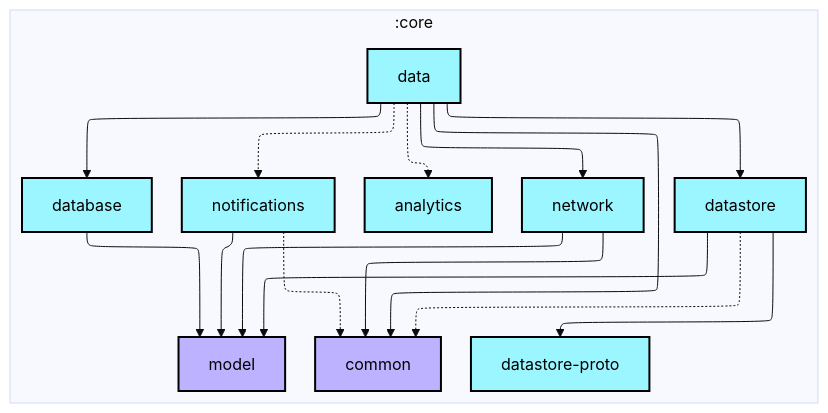
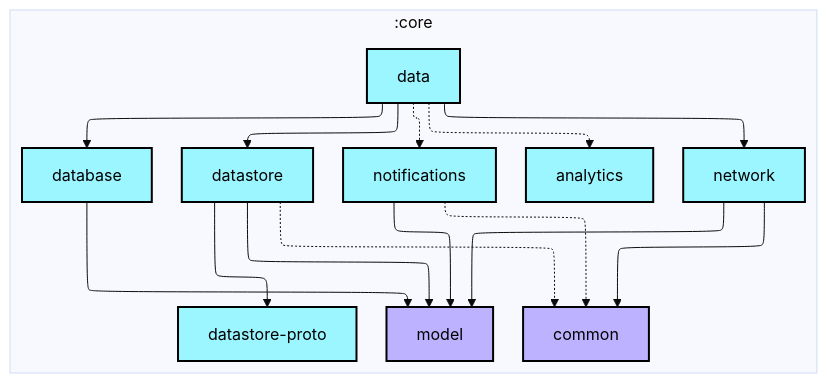
One commit to android/nowinandroid changed the first of 2 diagrams in core/data/README.md. Above: the diagram before and after it, drawn with Mermaid (base theme). The commit also changed 14 other files, not shown here.

````diff
--- a/core/data/README.md
+++ b/core/data/README.md
@@ -6,43 +6,42 @@
 ```mermaid
 ---
 config:
   layout: elk
   elk:
     nodePlacementStrategy: SIMPLE
 ---
 graph TB
   subgraph :core
     direction TB
     :core:analytics[analytics]:::android-library
     :core:common[common]:::jvm-library
     :core:data[data]:::android-library
     :core:database[database]:::android-library
     :core:datastore[datastore]:::android-library
     :core:datastore-proto[datastore-proto]:::android-library
     :core:model[model]:::jvm-library
     :core:network[network]:::android-library
     :core:notifications[notifications]:::android-library
   end
 
   :core:data -.-> :core:analytics
-  :core:data --> :core:common
   :core:data --> :core:database
   :core:data --> :core:datastore
   :core:data --> :core:network
   :core:data -.-> :core:notifications
   :core:database --> :core:model
   :core:datastore -.-> :core:common
   :core:datastore --> :core:datastore-proto
   :core:datastore --> :core:model
   :core:network --> :core:common
   :core:network --> :core:model
   :core:notifications -.-> :core:common
   :core:notifications --> :core:model
 
 classDef android-application fill:#CAFFBF,stroke:#000,stroke-width:2px,color:#000;
 classDef android-feature fill:#FFD6A5,stroke:#000,stroke-width:2px,color:#000;
 classDef android-library fill:#9BF6FF,stroke:#000,stroke-width:2px,color:#000;
 classDef android-test fill:#A0C4FF,stroke:#000,stroke-width:2px,color:#000;
 classDef jvm-library fill:#BDB2FF,stroke:#000,stroke-width:2px,color:#000;
 classDef unknown fill:#FFADAD,stroke:#000,stroke-width:2px,color:#000;
 ```
````
